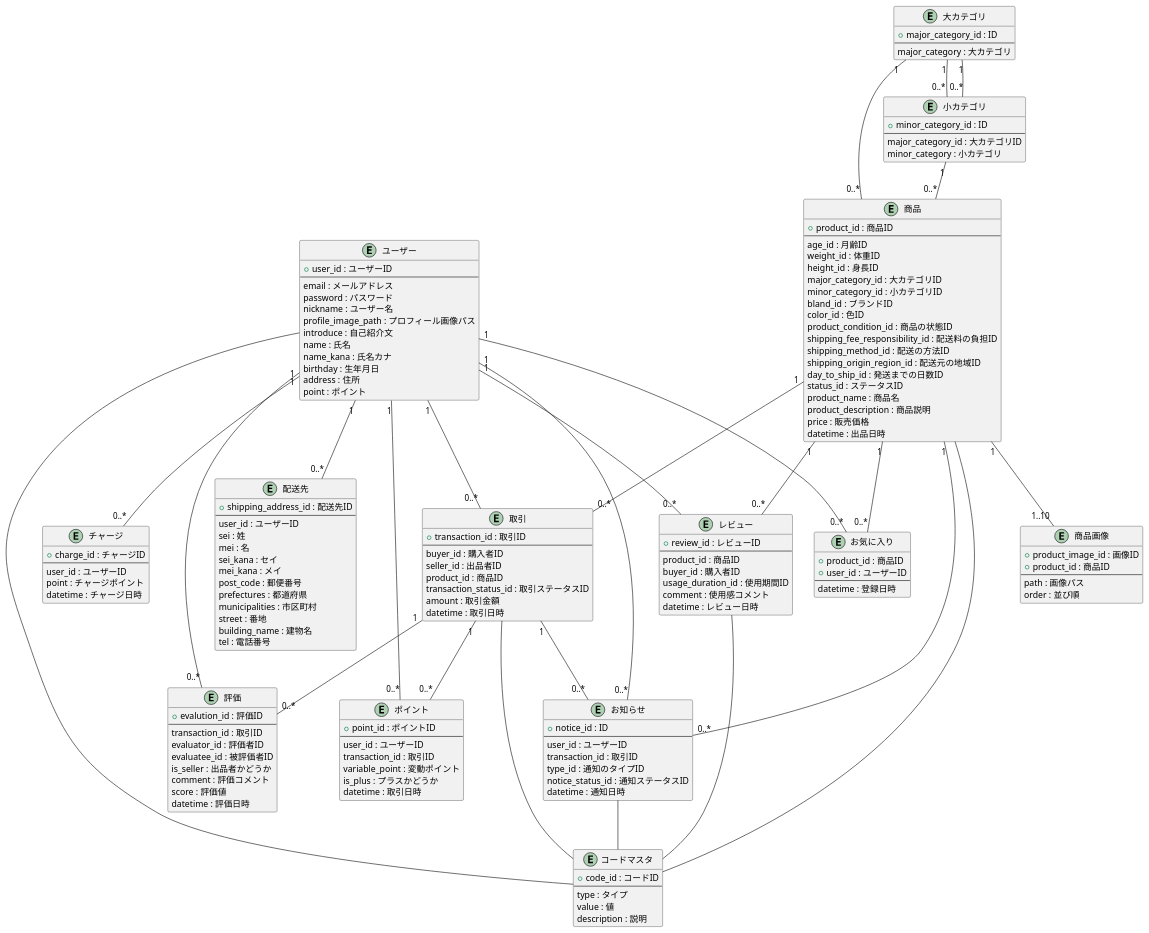
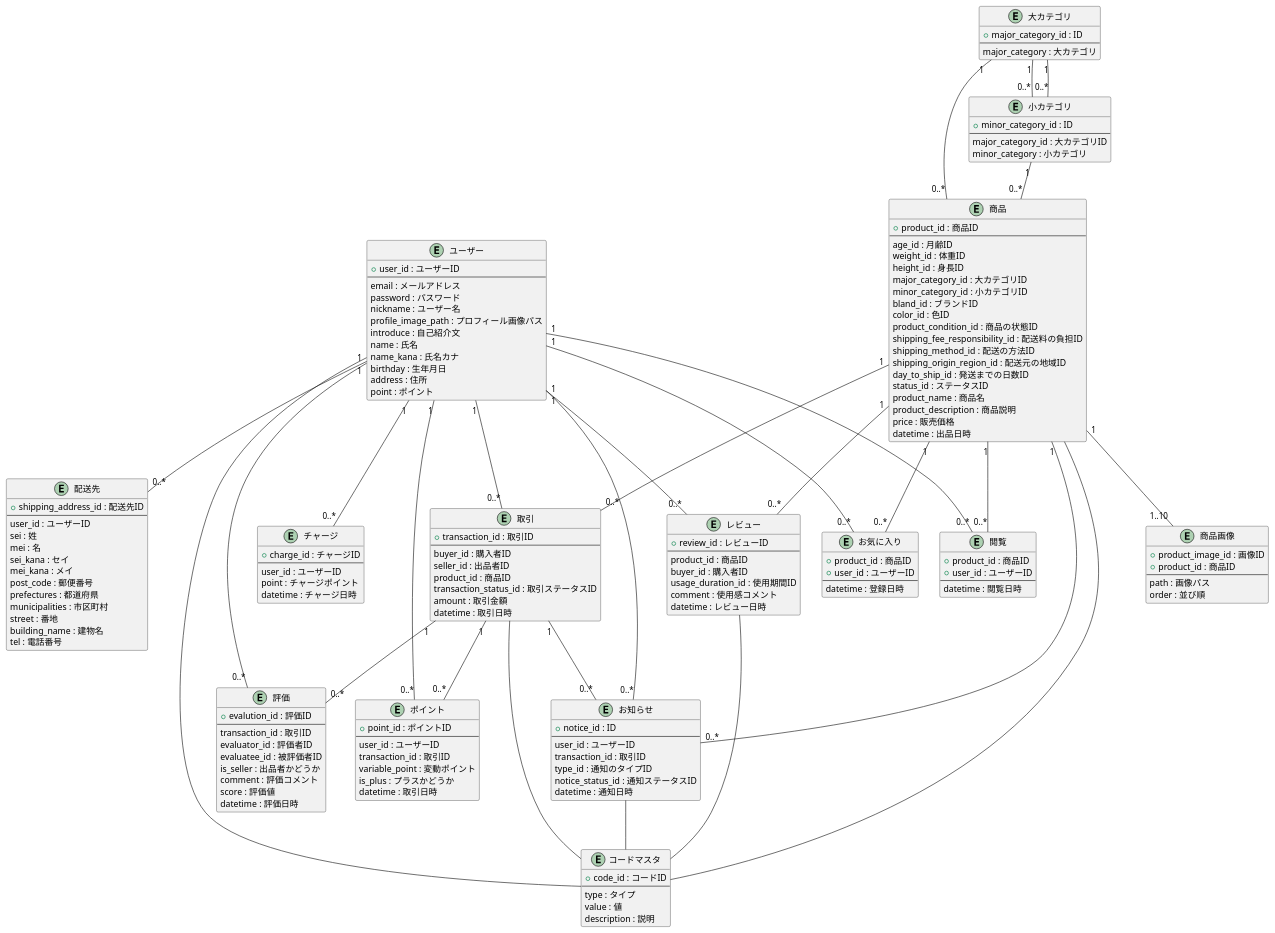
One commit to togask/baby-motsu changed the diagram in doc/ER.pu. Above: the diagram before and after it, drawn with PlantUML. The commit also changed 1 other file, not shown here.

```diff
--- a/doc/ER.pu
+++ b/doc/ER.pu
@@ -1,178 +1,187 @@
 @startuml
 
 entity "ユーザー" as user {
   + user_id : ユーザーID
   --
   email : メールアドレス
   password : パスワード
   nickname : ユーザー名
   profile_image_path : プロフィール画像パス
   introduce : 自己紹介文
   name : 氏名
   name_kana : 氏名カナ
   birthday : 生年月日
   address : 住所
   point : ポイント
 }
 
 entity "配送先" as shipping_address {
   + shipping_address_id : 配送先ID
   --
   user_id : ユーザーID
   sei : 姓
   mei : 名
   sei_kana : セイ
   mei_kana : メイ
   post_code : 郵便番号
   prefectures : 都道府県
   municipalities : 市区町村
   street : 番地
   building_name : 建物名
   tel : 電話番号
 }
 
 entity "取引" as transaction {
   + transaction_id : 取引ID
   --
   buyer_id : 購入者ID
   seller_id : 出品者ID
   product_id : 商品ID
   transaction_status_id : 取引ステータスID
   amount : 取引金額
   datetime : 取引日時
 }
 
 entity "ポイント" as point {
   + point_id : ポイントID
   --
   user_id : ユーザーID
   transaction_id : 取引ID
   variable_point : 変動ポイント
   is_plus : プラスかどうか
   datetime : 取引日時
 }
 
 entity "お気に入り" as favorite {
   + product_id : 商品ID
   + user_id : ユーザーID
   --
   datetime : 登録日時
+}
+
+entity "閲覧" as productviews {
+  + product_id : 商品ID
+  + user_id : ユーザーID
+  --
+  datetime : 閲覧日時
 }
 
 entity "チャージ" as charge {
   + charge_id : チャージID
   --
   user_id : ユーザーID
   point : チャージポイント
   datetime : チャージ日時
 }
 
 entity "レビュー" as review {
   + review_id : レビューID
   --
   product_id : 商品ID
   buyer_id : 購入者ID
   usage_duration_id : 使用期間ID
   comment : 使用感コメント
   datetime : レビュー日時
 }
 
 entity "商品" as product {
   + product_id : 商品ID
   --
   age_id : 月齢ID
   weight_id : 体重ID
   height_id : 身長ID
   major_category_id : 大カテゴリID
   minor_category_id : 小カテゴリID
   bland_id : ブランドID
   color_id : 色ID
   product_condition_id : 商品の状態ID
   shipping_fee_responsibility_id : 配送料の負担ID
   shipping_method_id : 配送の方法ID
   shipping_origin_region_id : 配送元の地域ID
   day_to_ship_id : 発送までの日数ID
   status_id : ステータスID
   product_name : 商品名
   product_description : 商品説明
   price : 販売価格
   datetime : 出品日時
 }
 
 entity "商品画像" as product_image {
   + product_image_id : 画像ID
   + product_id : 商品ID
   --
   path : 画像パス
   order : 並び順
 }
 
 entity "評価" as evaluation {
   + evalution_id : 評価ID
   --
   transaction_id : 取引ID
   evaluator_id : 評価者ID
   evaluatee_id : 被評価者ID
   is_seller : 出品者かどうか
   comment : 評価コメント
   score : 評価値
   datetime : 評価日時
 }
 
 entity "お知らせ" as notice {
   + notice_id : ID
   --
   user_id : ユーザーID
   transaction_id : 取引ID
   type_id : 通知のタイプID
   notice_status_id : 通知ステータスID
   datetime : 通知日時
 }
 
 entity "大カテゴリ" as major_category {
   + major_category_id : ID
   --
   major_category : 大カテゴリ
 }
 
 entity "小カテゴリ" as minor_category {
   + minor_category_id : ID
   --
   major_category_id : 大カテゴリID
   minor_category : 小カテゴリ
 }
 
 entity "コードマスタ" as code_master {
   + code_id : コードID
   --
   type : タイプ
   value : 値
   description : 説明
 }
 
 user "1" -- "0..*" shipping_address
 user "1" -- "0..*" transaction
 product "1" -- "0..*" transaction
 product "1" -- "1..10" product_image
 user "1" -- "0..*" point
 transaction "1" -- "0..*" point
 product "1" -- "0..*" favorite
 user "1" -- "0..*" favorite
+product "1" -- "0..*" productviews
+user "1" -- "0..*" productviews
 user "1" -- "0..*" charge
 product "1" -- "0..*" review
 user "1" -- "0..*" review
 major_category "1" -- "0..*" product
 minor_category "1" -- "0..*" product
 transaction "1" -- "0..*" evaluation
 user "1" -- "0..*" evaluation
 major_category "1" -- "0..*" minor_category
 user "1" -- "0..*" notice
 transaction "1" -- "0..*" notice
 product "1" -- "0..*" notice
 major_category "1" -- "0..*" minor_category
 product -- code_master
 user -- code_master
 transaction -- code_master
 review -- code_master
 notice -- code_master
 @enduml
```
